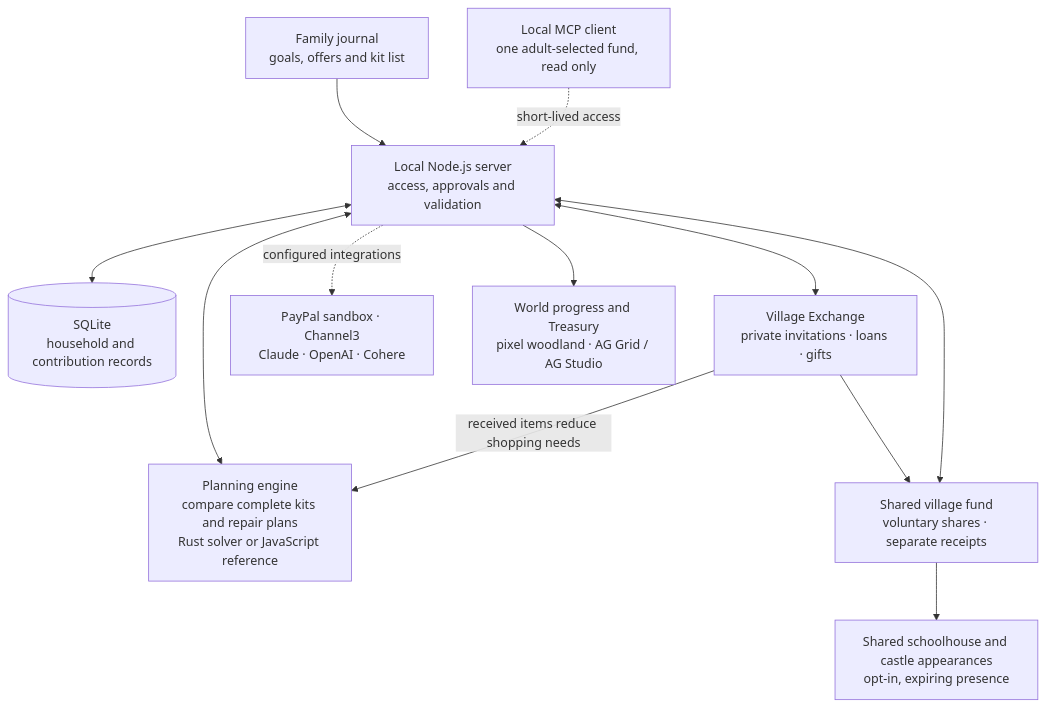
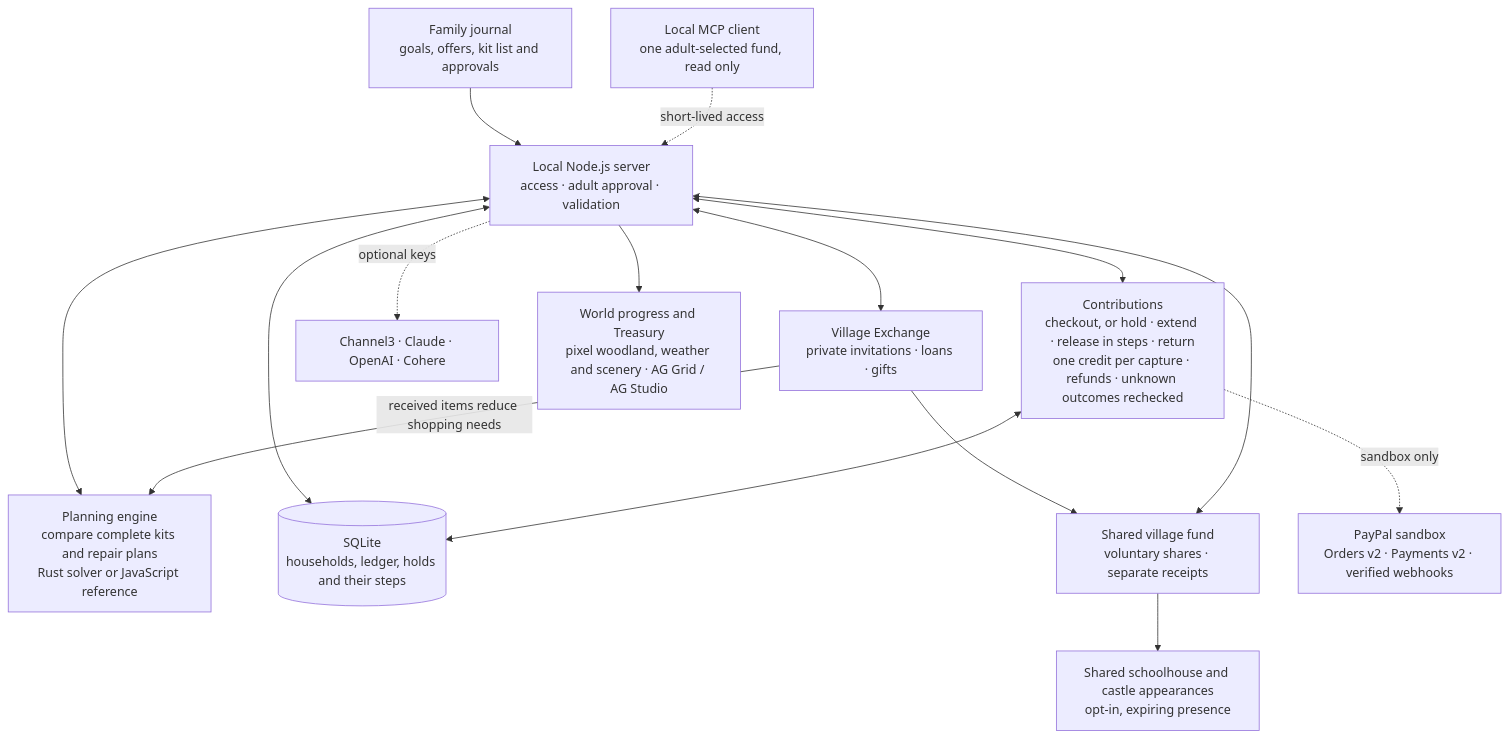
The second of 2 diagrams in README.md (alejandro-publius/our-castle), drawn with Mermaid before and after one commit. The commit also changed other lines of this file and 9 other files, not shown here.

First line of the commit message:
Refresh the README, diagrams and current-state notes

````diff
--- a/README.md
+++ b/README.md
@@ -124,16 +183,19 @@
 ```mermaid
 flowchart TB
     accTitle: Our Castle architecture at a glance
-    accDescr: The family journal sends explicit actions to a local Node server. The server uses planning services and SQLite, calls configured providers, and returns world progress and Treasury records.
-    Family["Family journal<br/>goals, offers and kit list"] --> Server["Local Node.js server<br/>access, approvals and validation"]
+    accDescr: The family journal sends explicit actions to a local Node server. The server checks access and adult approval, runs planning and contribution rules against SQLite, calls configured providers, and returns world progress and Treasury records.
+    Family["Family journal<br/>goals, offers, kit list and approvals"] --> Server["Local Node.js server<br/>access · adult approval · validation"]
     Server <--> Planning["Planning engine<br/>compare complete kits and repair plans<br/>Rust solver or JavaScript reference"]
-    Server <--> Records[("SQLite<br/>household and contribution records")]
+    Server <--> Payments["Contributions<br/>checkout, or hold · extend · release in steps · return<br/>one credit per capture · refunds · unknown outcomes rechecked"]
+    Server <--> Records[("SQLite<br/>households, ledger, holds and their steps")]
+    Payments <--> Records
     Server <--> Exchange["Village Exchange<br/>private invitations · loans · gifts"]
     Exchange --> Fund["Shared village fund<br/>voluntary shares · separate receipts"]
     Fund --> Square["Shared schoolhouse and castle appearances<br/>opt-in, expiring presence"]
     Server <--> Fund
     Assistant["Local MCP client<br/>one adult-selected fund, read only"] -. "short-lived access" .-> Server
     Exchange -->|"received items reduce shopping needs"| Planning
-    Server -. "configured integrations" .-> Providers["PayPal sandbox · Channel3<br/>Claude · OpenAI · Cohere"]
-    Server --> View["World progress and Treasury<br/>pixel woodland · AG Grid / AG Studio"]
+    Payments -. "sandbox only" .-> PayPal["PayPal sandbox<br/>Orders v2 · Payments v2 · verified webhooks"]
+    Server -. "optional keys" .-> Providers["Channel3 · Claude · OpenAI · Cohere"]
+    Server --> View["World progress and Treasury<br/>pixel woodland, weather and scenery · AG Grid / AG Studio"]
 ```
````
